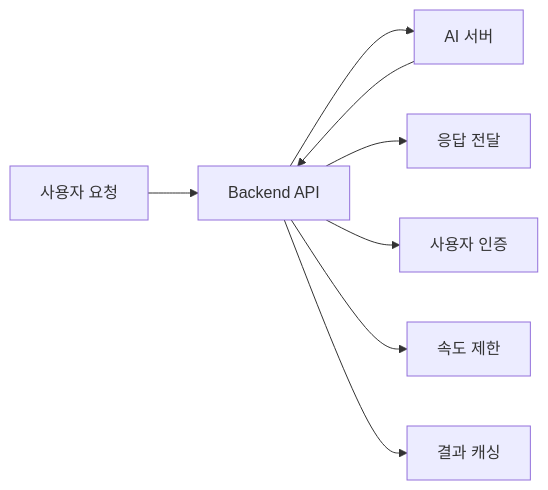
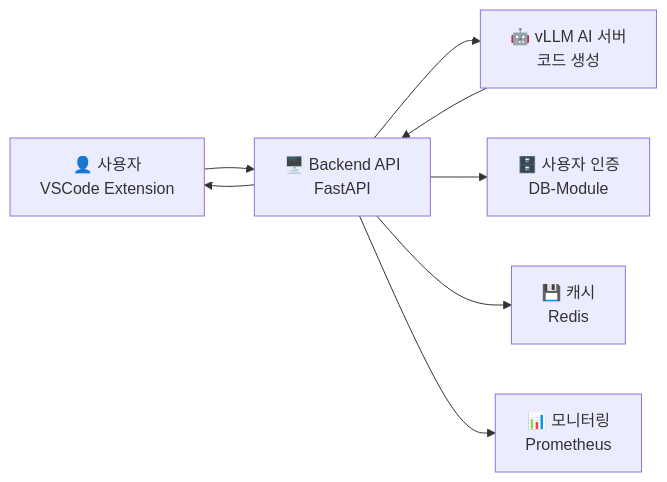
One commit to Hi-dle-hancom/frontend changed the diagram in README.md. Above: the diagram before and after it, drawn with Mermaid. The commit also changed other lines of this file and 6 other files, not shown here.

````diff
--- a/README.md
+++ b/README.md
@@ -21,11 +10,11 @@
 ```mermaid
 graph LR
-    A[사용자 요청] --> B[Backend API]
-    B --> C[AI 서버]
+    A[👤 사용자<br/>VSCode Extension] --> B[🖥️ Backend API<br/>FastAPI]
+    B --> C[🤖 vLLM AI 서버<br/>코드 생성]
     C --> B
-    B --> D[응답 전달]
+    B --> A
 
-    B --> E[사용자 인증]
-    B --> F[속도 제한]
-    B --> G[결과 캐싱]
+    B --> D[🗄️ 사용자 인증<br/>DB-Module]
+    B --> E[💾 캐시<br/>Redis]
+    B --> F[📊 모니터링<br/>Prometheus]
 ```
````
